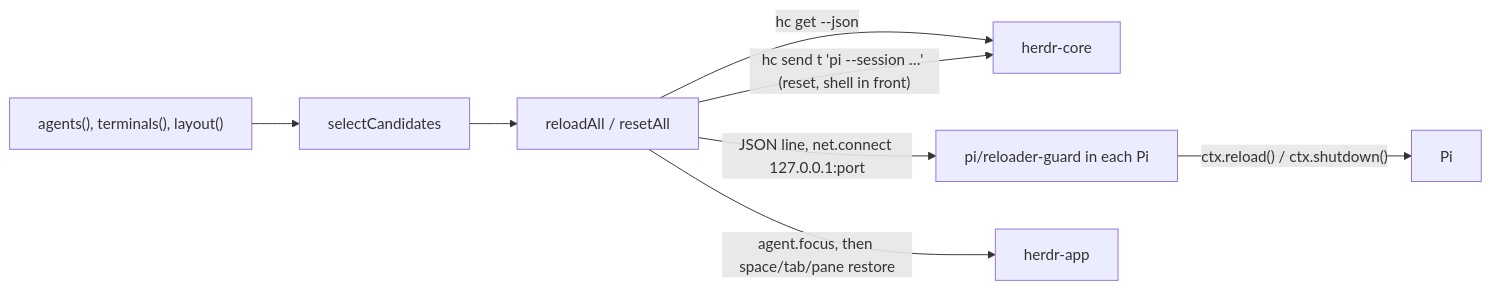
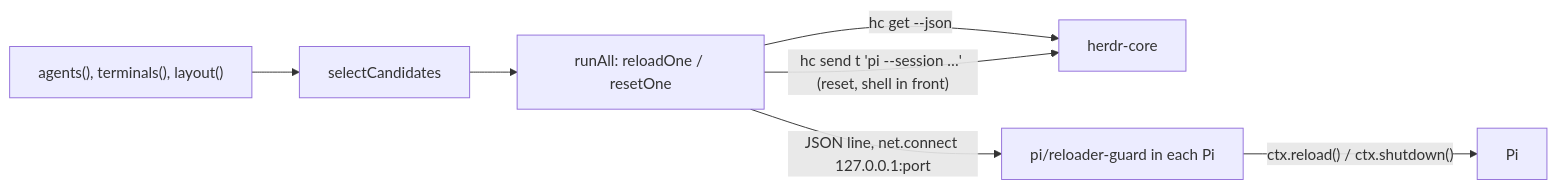
The second of 2 diagrams in herdr/docs/architecture.md (jigenator/industrial-os), drawn with Mermaid before and after one commit. The commit also changed other lines of this file and 20 other files, not shown here.

````diff
--- a/herdr/docs/architecture.md
+++ b/herdr/docs/architecture.md
@@ -63,10 +62,9 @@
 ```mermaid
 flowchart LR
     Agents["agents(), terminals(), layout()"] --> Select["selectCandidates"]
-    Select --> Seq["reloadAll / resetAll"]
+    Select --> Seq["runAll: reloadOne / resetOne"]
     Seq -->|"hc get --json"| Core["herdr-core"]
     Seq -->|"JSON line, net.connect 127.0.0.1:port"| Guard["pi/reloader-guard in each Pi"]
     Guard -->|"ctx.reload() / ctx.shutdown()"| Pi["Pi"]
     Seq -->|"hc send t 'pi --session …' (reset, shell in front)"| Core
-    Seq -->|"agent.focus, then space/tab/pane restore"| App["herdr-app"]
 ```
````
